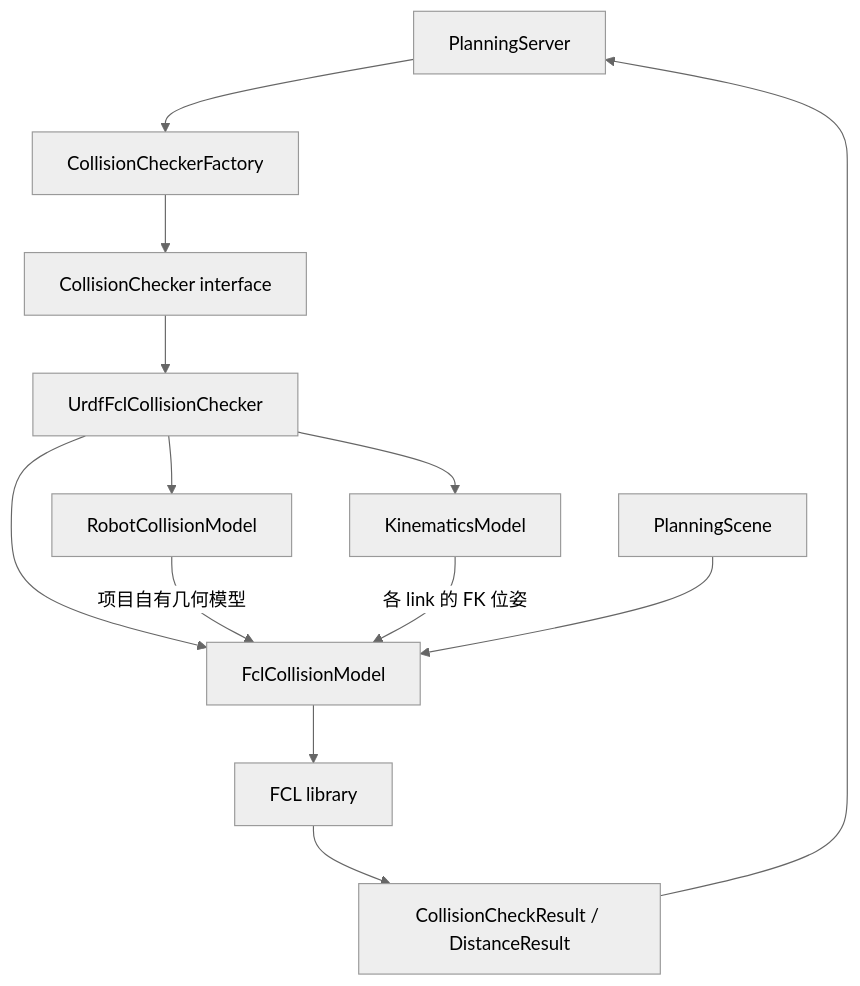
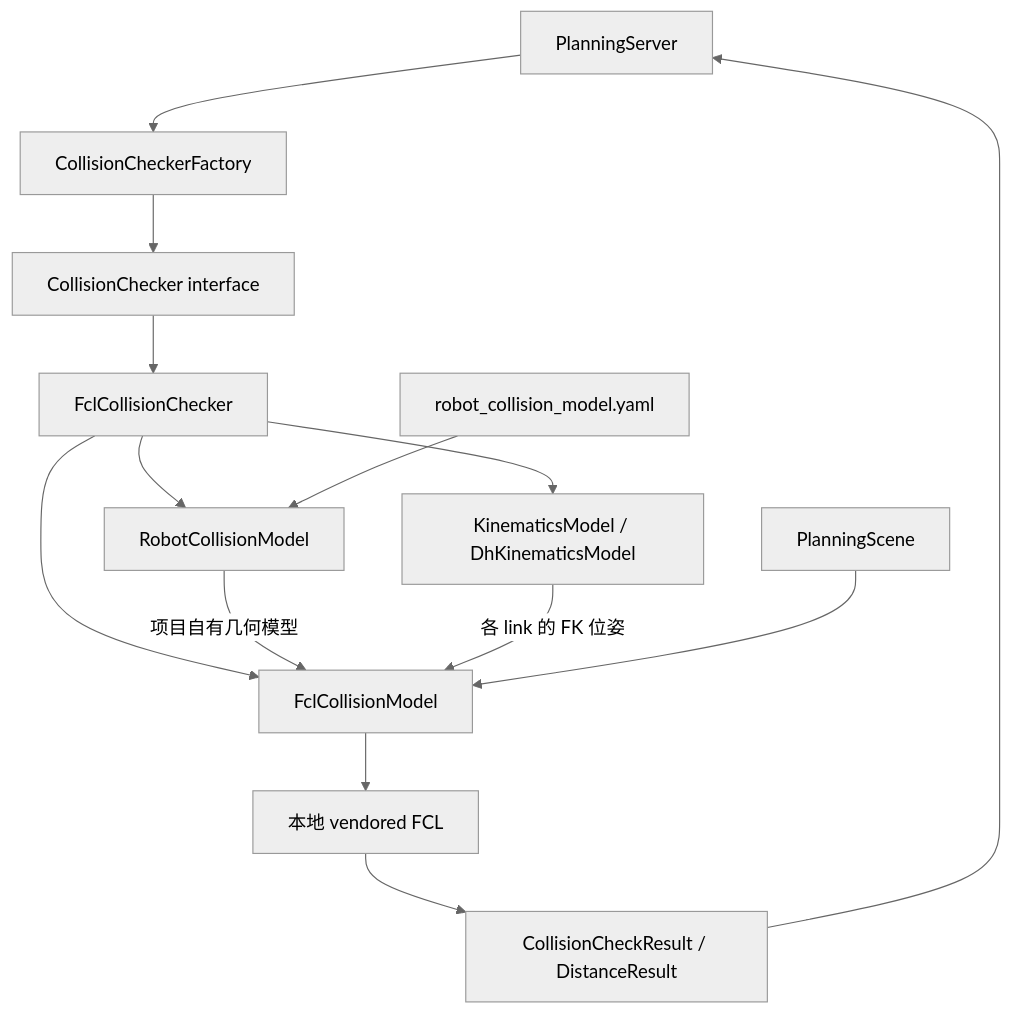
One commit to Polaris-zhj/excavator_motion_planning changed the first of 4 diagrams in docs/collision_detection_design.md. Above: the diagram before and after it, drawn with Mermaid (neutral theme). The commit also changed other lines of this file and 468 other files, not shown here.

````diff
--- a/docs/collision_detection_design.md
+++ b/docs/collision_detection_design.md
@@ -28,15 +28,16 @@
 ```mermaid
 flowchart TD
     PS[PlanningServer] --> Factory[CollisionCheckerFactory]
     Factory --> CI[CollisionChecker interface]
-    CI --> Impl[UrdfFclCollisionChecker]
-    Impl --> KM[KinematicsModel]
+    CI --> Impl[FclCollisionChecker]
+    Impl --> KM[KinematicsModel / DhKinematicsModel]
     Impl --> RCM[RobotCollisionModel]
     Impl --> FCM[FclCollisionModel]
+    YAML[robot_collision_model.yaml] --> RCM
     RCM -->|项目自有几何模型| FCM
     KM -->|各 link 的 FK 位姿| FCM
     Scene[PlanningScene] --> FCM
-    FCM --> FCL[FCL library]
+    FCM --> FCL[本地 vendored FCL]
     FCL --> Result[CollisionCheckResult / DistanceResult]
     Result --> PS
 ```
````
